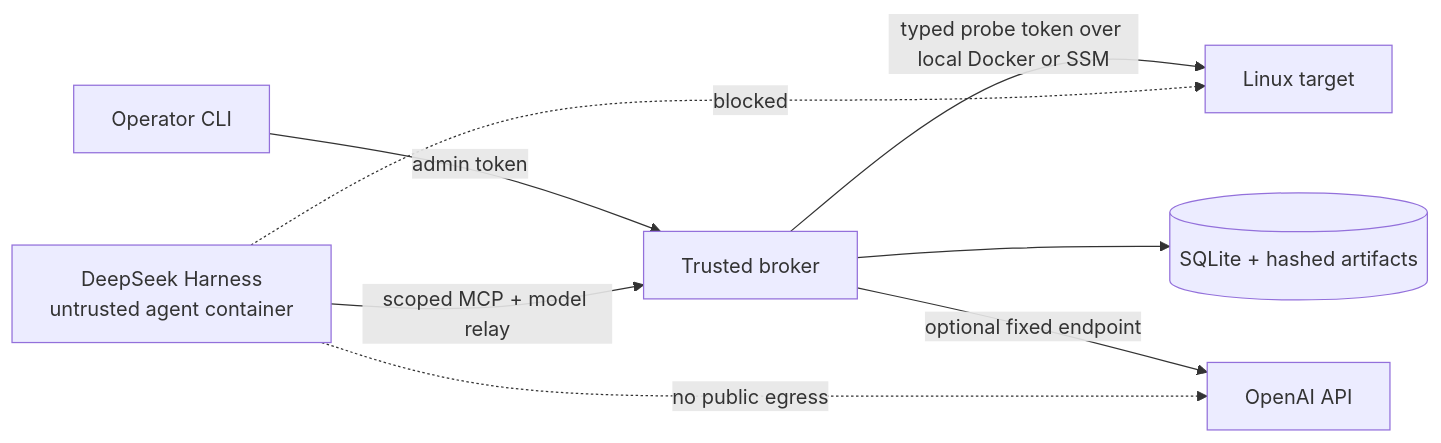
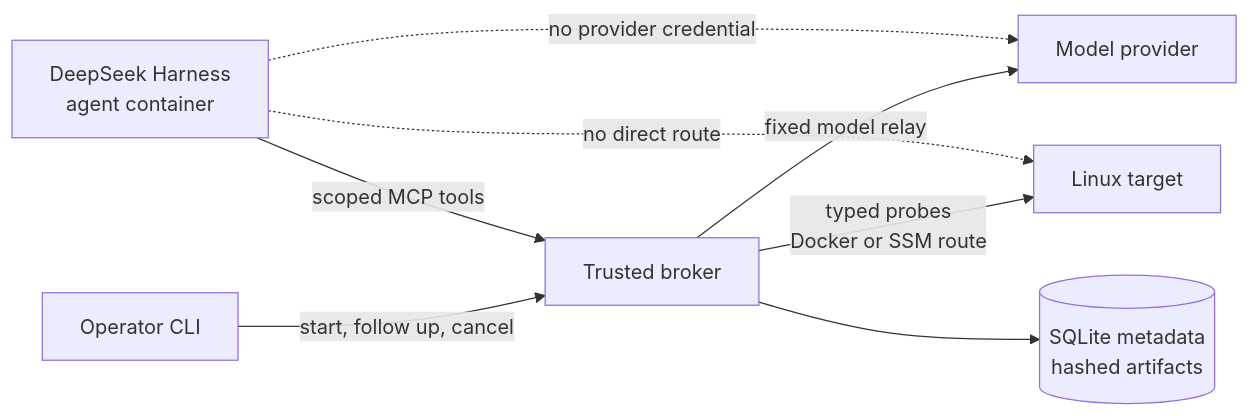
One commit to Qingyu255/Linux-Oncall-Agent changed the diagram in README.md. Above: the diagram before and after it, drawn with Mermaid. The commit also changed other lines of this file, not shown here.

````diff
--- a/README.md
+++ b/README.md
@@ -19,10 +26,10 @@
 ```mermaid
 flowchart LR
-    CLI[Operator CLI] -->|admin token| Broker[Trusted broker]
-    Harness[DeepSeek Harness\nuntrusted agent container] -->|scoped MCP + model relay| Broker
-    Broker -->|typed probe token over local Docker or SSM| Target[Linux target]
-    Broker --> Store[(SQLite + hashed artifacts)]
-    Broker -->|optional fixed endpoint| OpenAI[OpenAI API]
-    Harness -. blocked .-> Target
-    Harness -. no public egress .-> OpenAI
+    Operator[Operator CLI] -->|start, follow up, cancel| Broker[Trusted broker]
+    Agent[DeepSeek Harness<br/>agent container] -->|scoped MCP tools| Broker
+    Broker -->|fixed model relay| Model[Model provider]
+    Broker -->|typed probes<br/>Docker or SSM route| Target[Linux target]
+    Broker --> Evidence[(SQLite metadata<br/>hashed artifacts)]
+    Agent -. no direct route .-> Target
+    Agent -. no provider credential .-> Model
 ```
````
